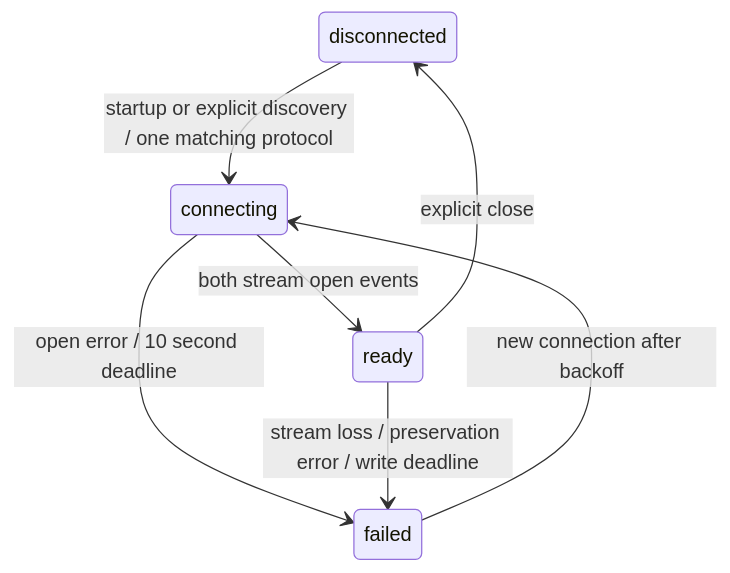
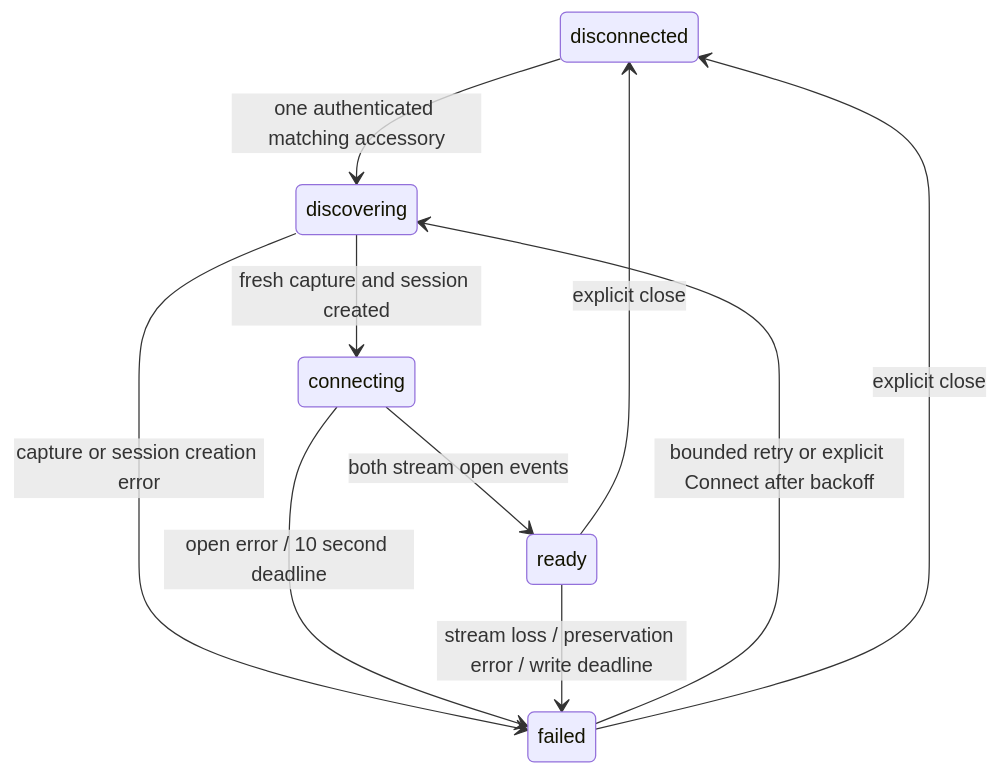
The diagram in docs/MILESTONE_5.md (KaleTEvans/VehicleFlightRecorder), drawn with Mermaid before and after one commit. The commit also changed other lines of this file and 2 other files, not shown here.

````diff
--- a/docs/MILESTONE_5.md
+++ b/docs/MILESTONE_5.md
@@ -20,9 +20,12 @@
 ```mermaid
 stateDiagram-v2
-  disconnected --> connecting: startup or explicit discovery / one matching protocol
+  disconnected --> discovering: one authenticated matching accessory
+  failed --> discovering: bounded retry or explicit Connect after backoff
+  discovering --> connecting: fresh capture and session created
+  discovering --> failed: capture or session creation error
   connecting --> ready: both stream open events
   connecting --> failed: open error / 10 second deadline
   ready --> failed: stream loss / preservation error / write deadline
   ready --> disconnected: explicit close
-  failed --> connecting: new connection after backoff
+  failed --> disconnected: explicit close
 ```
````
